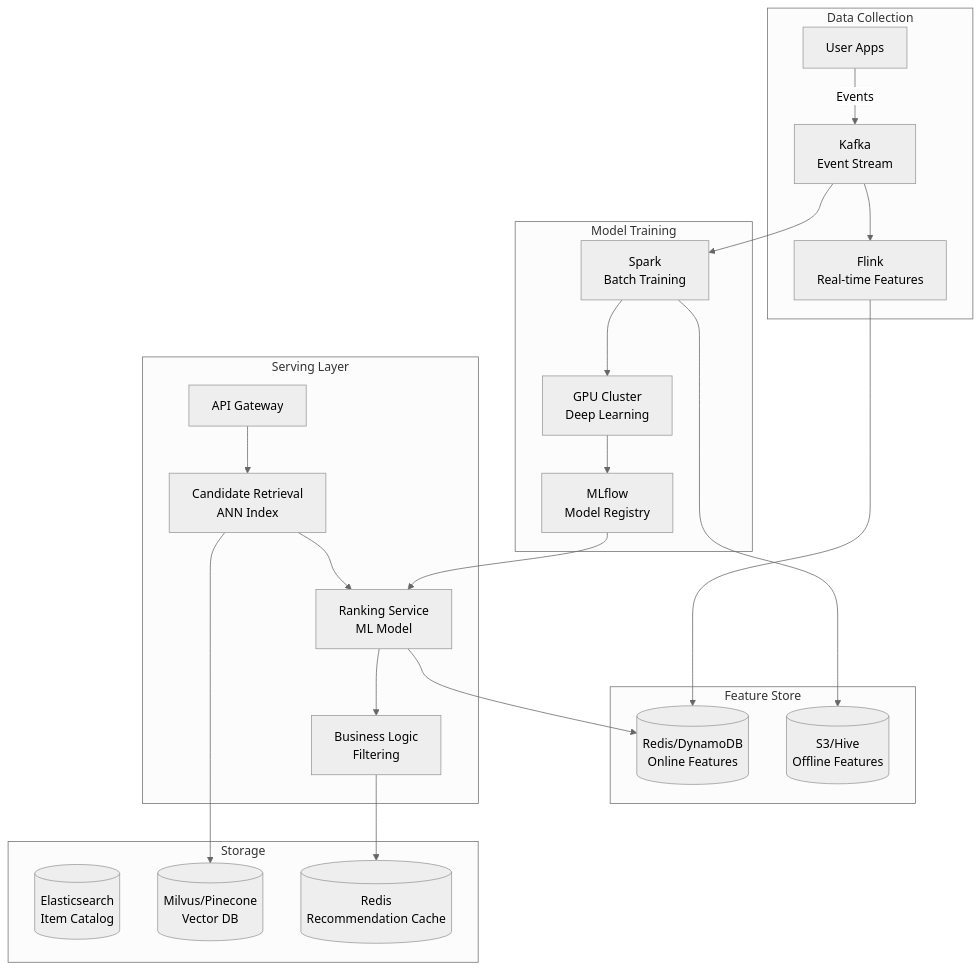
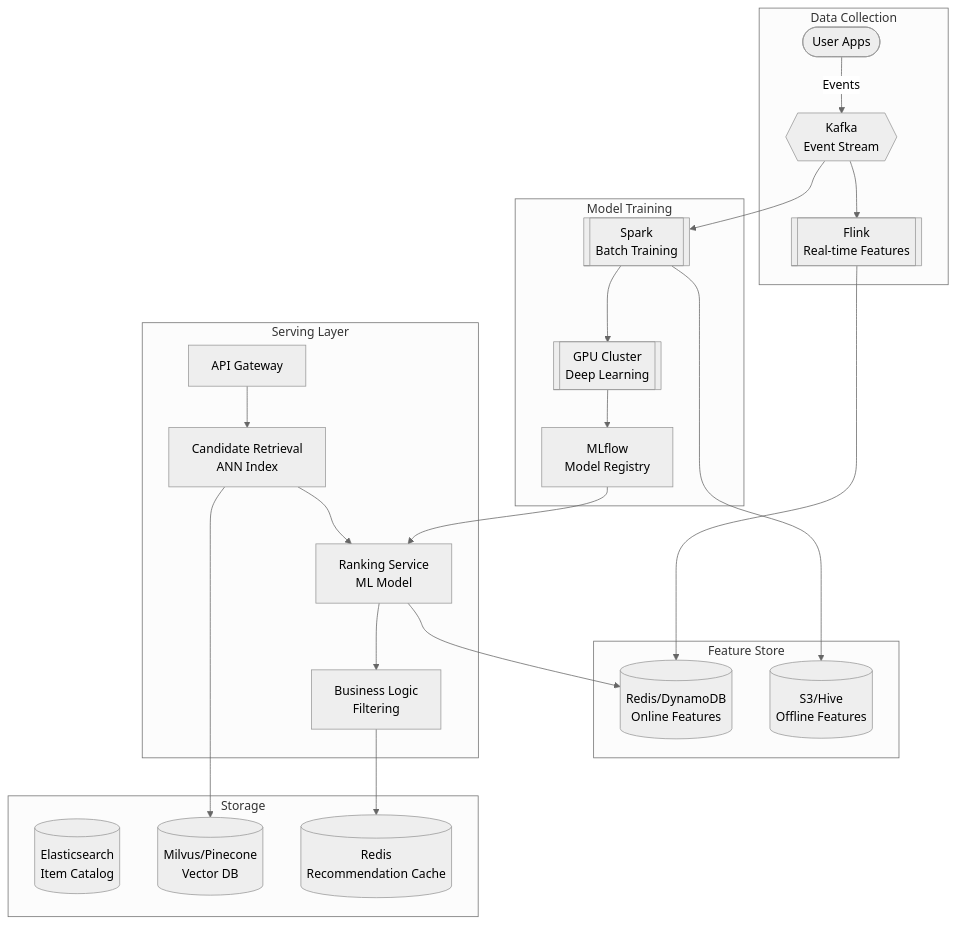
One commit to ShanmugaGanesh1999/Portfolio changed the diagram in docs/prep/System Design/06-Case-Studies/24-recommendation-engine.md. Above: the diagram before and after it, drawn with Mermaid (neutral theme). The commit also changed 40 other files, not shown here.

First line of the commit message:
Refactor diagram node rendering to use reusable shape components

````diff
--- a/docs/prep/System Design/06-Case-Studies/24-recommendation-engine.md
+++ b/docs/prep/System Design/06-Case-Studies/24-recommendation-engine.md
@@ -49,48 +49,48 @@
 ```mermaid
 graph TD
     subgraph Data Collection
-        APP[User Apps]
-        KAFKA[Kafka<br/>Event Stream]
-        FLINK[Flink<br/>Real-time Features]
+        APP([User Apps])
+        KAFKA{{Kafka<br/>Event Stream}}
+        FLINK[[Flink<br/>Real-time Features]]
     end
     
     subgraph Feature Store
         ONLINE[(Redis/DynamoDB<br/>Online Features)]
         OFFLINE[(S3/Hive<br/>Offline Features)]
     end
     
     subgraph Model Training
-        SPARK[Spark<br/>Batch Training]
-        GPU[GPU Cluster<br/>Deep Learning]
+        SPARK[[Spark<br/>Batch Training]]
+        GPU[[GPU Cluster<br/>Deep Learning]]
         MLFLOW[MLflow<br/>Model Registry]
     end
     
     subgraph Serving Layer
         API[API Gateway]
         RETRIEVAL[Candidate Retrieval<br/>ANN Index]
         RANKER[Ranking Service<br/>ML Model]
         FILTER[Business Logic<br/>Filtering]
     end
     
     subgraph Storage
         ES[(Elasticsearch<br/>Item Catalog)]
         MILVUS[(Milvus/Pinecone<br/>Vector DB)]
         CACHE[(Redis<br/>Recommendation Cache)]
     end
     
     APP -->|Events| KAFKA
     KAFKA --> FLINK
     FLINK --> ONLINE
     KAFKA --> SPARK
     SPARK --> OFFLINE
     SPARK --> GPU
     GPU --> MLFLOW
     MLFLOW --> RANKER
     
     API --> RETRIEVAL
     RETRIEVAL --> MILVUS
     RETRIEVAL --> RANKER
     RANKER --> ONLINE
     RANKER --> FILTER
     FILTER --> CACHE
 ```
````
